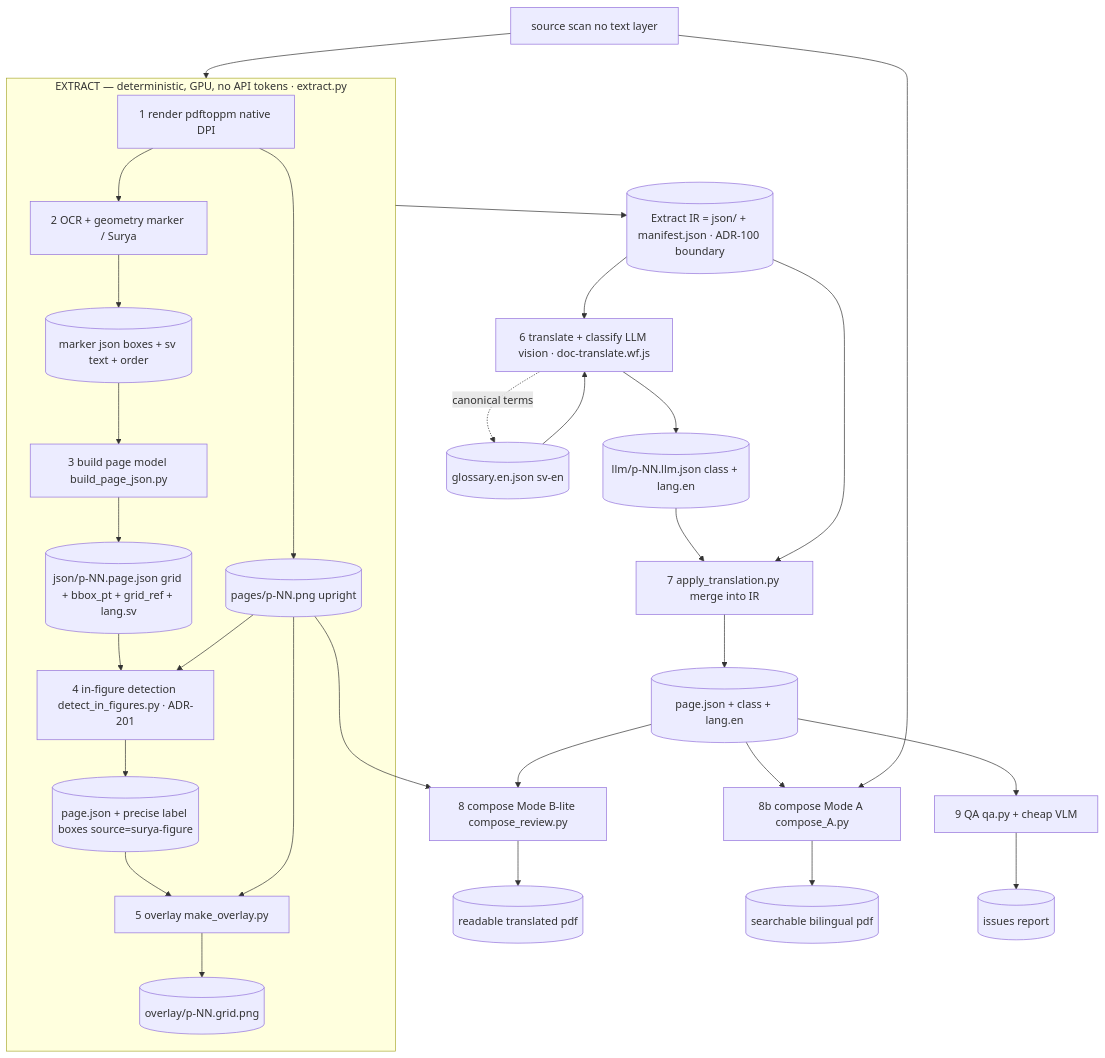
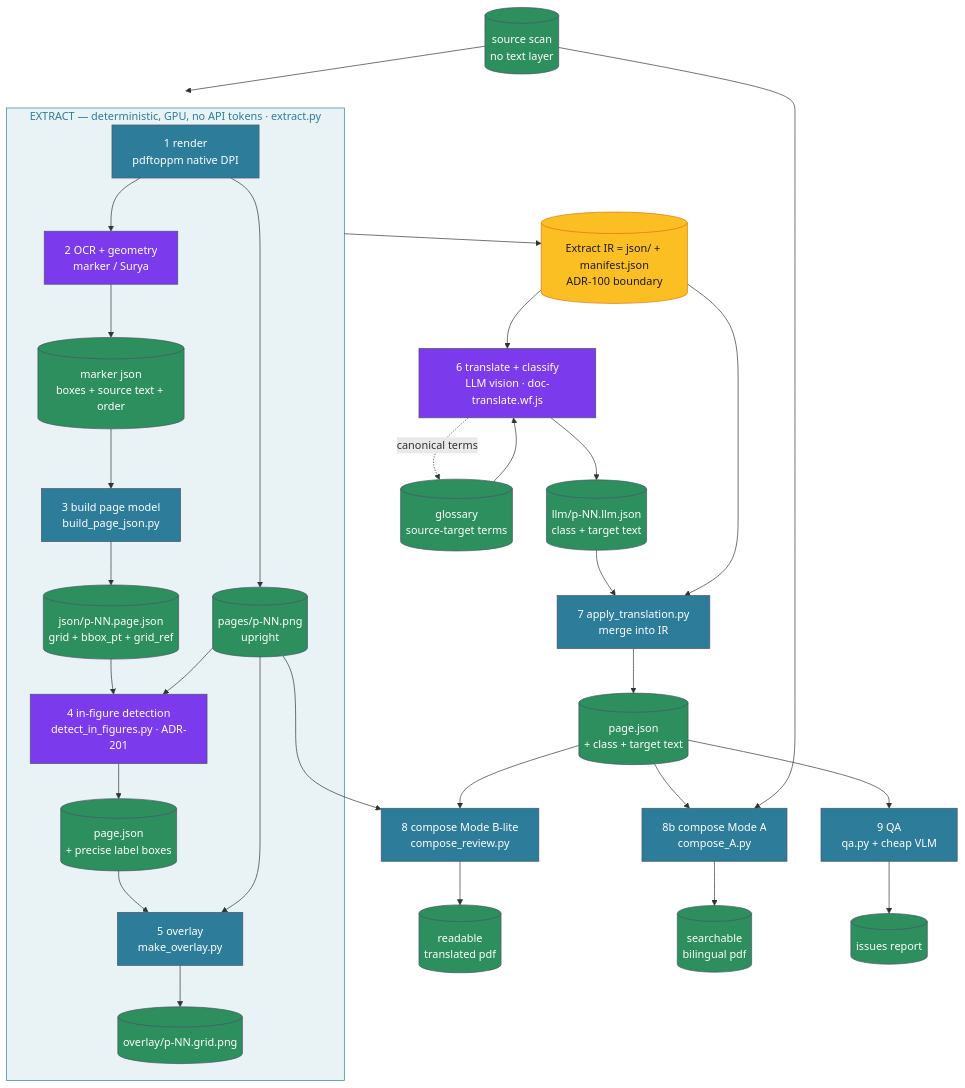
One commit to aaronsb/palimpsest changed the first of 4 diagrams in docs/PIPELINE.md. Above: the diagram before and after it, drawn with Mermaid. The commit also changed other lines of this file, not shown here.

Commit message:
docs(pipeline): style mermaid diagrams per the Mermaid Way
- apply a consistent role->hue legend (deterministic/model/IR/store/operator)
  with theme-safe opaque node fills + matched text and translucent subgraph tints
- fix a renderer bug: angle brackets in a sequence message broke parsing
  (HTML-entity escaping is wrong for sequence diagrams since the trailing ';'
  is a statement separator) -> use extract(project)
- all four blocks validated with mmdc (flowchart, sequence, state)

````diff
--- a/docs/PIPELINE.md
+++ b/docs/PIPELINE.md
@@ -33,33 +37,39 @@
 ```mermaid
 flowchart TD
-    PDF[source scan no text layer] --> X
+    PDF[(source scan<br>no text layer)]:::store --> X
     subgraph X[EXTRACT — deterministic, GPU, no API tokens · extract.py]
-      R[1 render pdftoppm native DPI] --> IMG[(pages/p-NN.png upright)]
-      R --> M[2 OCR + geometry marker / Surya]
-      M --> MJ[(marker json boxes + sv text + order)]
-      MJ --> B[3 build page model build_page_json.py]
-      B --> PJ[(json/p-NN.page.json grid + bbox_pt + grid_ref + lang.sv)]
-      PJ --> D[4 in-figure detection detect_in_figures.py · ADR-201]
+      R[1 render<br>pdftoppm native DPI]:::proc --> IMG[(pages/p-NN.png<br>upright)]:::store
+      R --> M[2 OCR + geometry<br>marker / Surya]:::model
+      M --> MJ[(marker json<br>boxes + source text + order)]:::store
+      MJ --> B[3 build page model<br>build_page_json.py]:::proc
+      B --> PJ[(json/p-NN.page.json<br>grid + bbox_pt + grid_ref)]:::store
+      PJ --> D[4 in-figure detection<br>detect_in_figures.py · ADR-201]:::model
       IMG --> D
-      D --> PJD[(page.json + precise label boxes source=surya-figure)]
-      PJD --> O[5 overlay make_overlay.py]
+      D --> PJD[(page.json<br>+ precise label boxes)]:::store
+      PJD --> O[5 overlay<br>make_overlay.py]:::proc
       IMG --> O
-      O --> OV[(overlay/p-NN.grid.png)]
+      O --> OV[(overlay/p-NN.grid.png)]:::store
     end
-    X --> IR[(Extract IR = json/ + manifest.json · ADR-100 boundary)]
-    IR --> L[6 translate + classify LLM vision · doc-translate.wf.js]
-    GL[(glossary.en.json sv-en)] --> L
+    X --> IR[(Extract IR = json/ + manifest.json<br>ADR-100 boundary)]:::ir
+    IR --> L[6 translate + classify<br>LLM vision · doc-translate.wf.js]:::model
+    GL[(glossary<br>source-target terms)]:::store --> L
     L -. canonical terms .-> GL
-    L --> LLM[(llm/p-NN.llm.json class + lang.en)]
-    LLM --> AP[7 apply_translation.py merge into IR]
+    L --> LLM[(llm/p-NN.llm.json<br>class + target text)]:::store
+    LLM --> AP[7 apply_translation.py<br>merge into IR]:::proc
     IR --> AP
-    AP --> PJ2[(page.json + class + lang.en)]
-    PJ2 --> CB[8 compose Mode B-lite compose_review.py]
+    AP --> PJ2[(page.json<br>+ class + target text)]:::store
+    PJ2 --> CB[8 compose Mode B-lite<br>compose_review.py]:::proc
     IMG --> CB
-    CB --> OUTB[(readable translated pdf)]
-    PJ2 --> CA[8b compose Mode A compose_A.py]
+    CB --> OUTB[(readable<br>translated pdf)]:::store
+    PJ2 --> CA[8b compose Mode A<br>compose_A.py]:::proc
     PDF --> CA
-    CA --> OUTA[(searchable bilingual pdf)]
-    PJ2 --> QA[9 QA qa.py + cheap VLM]
-    QA --> REP[(issues report)]
+    CA --> OUTA[(searchable<br>bilingual pdf)]:::store
+    PJ2 --> QA[9 QA<br>qa.py + cheap VLM]:::proc
+    QA --> REP[(issues report)]:::store
+
+    classDef proc fill:#2d7d9a,color:#ffffff,stroke:#4a5568
+    classDef model fill:#7c3aed,color:#ffffff,stroke:#4a5568
+    classDef ir fill:#fbbf24,color:#1a1a1a,stroke:#d97706
+    classDef store fill:#2d8e5e,color:#ffffff,stroke:#4a5568
+    style X fill:#2d7d9a1a,stroke:#2d7d9a,color:#2d7d9a
 ```
````
